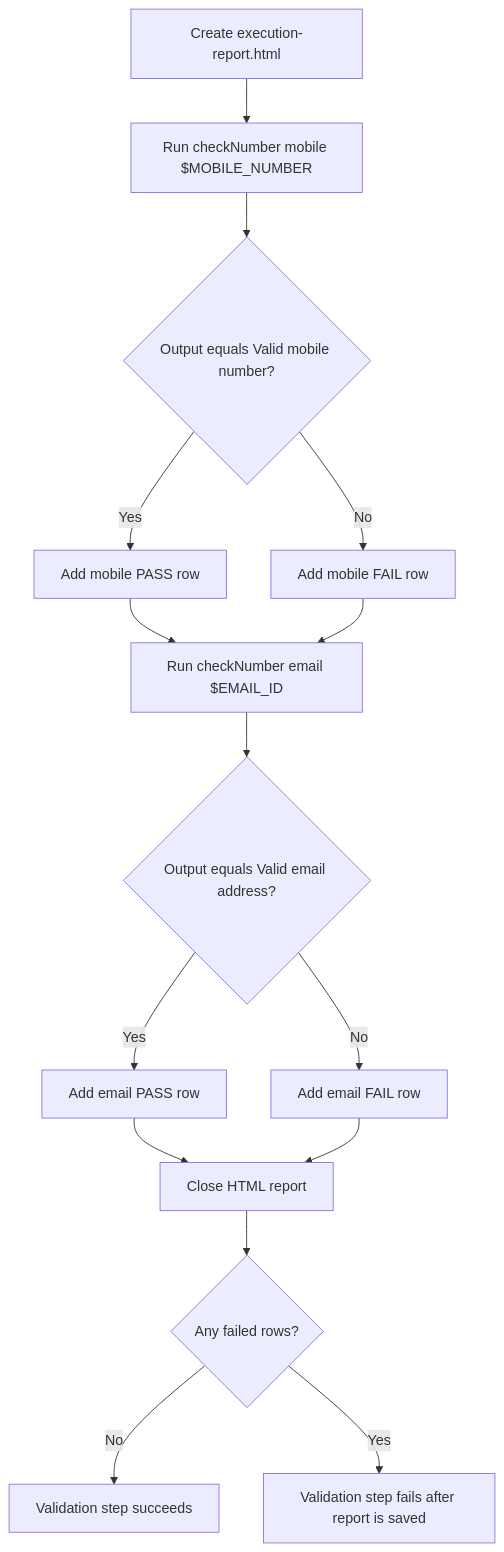
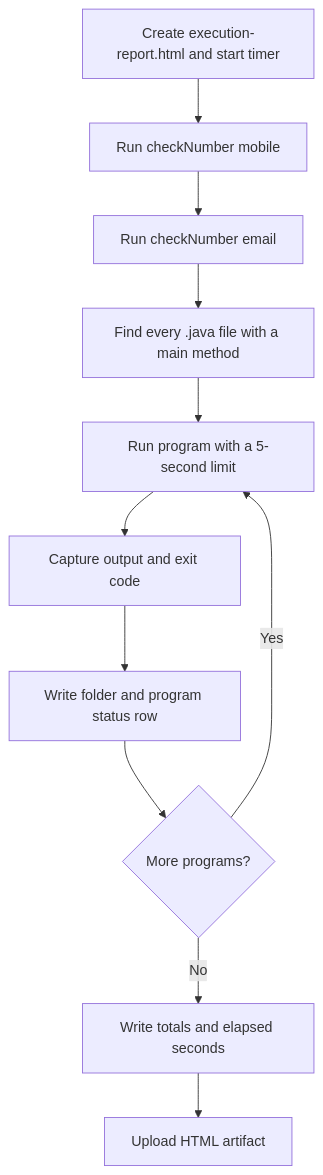
Before and after one commit to chaitussm/Java-Project: the second of 5 diagrams in docs/java-e2e-ci-pipeline-guide.md, drawn with Mermaid. The commit also changed other lines of this file and 8 other files, not shown here.

````diff
--- a/docs/java-e2e-ci-pipeline-guide.md
+++ b/docs/java-e2e-ci-pipeline-guide.md
@@ -100,17 +100,13 @@
 ```mermaid
 flowchart TD
-    A["Create execution-report.html"] --> B["Run checkNumber mobile $MOBILE_NUMBER"]
-    B --> C{"Output equals Valid mobile number?"}
-    C -- Yes --> D["Add mobile PASS row"]
-    C -- No --> E["Add mobile FAIL row"]
-    D --> F["Run checkNumber email $EMAIL_ID"]
-    E --> F
-    F --> G{"Output equals Valid email address?"}
-    G -- Yes --> H["Add email PASS row"]
-    G -- No --> I["Add email FAIL row"]
-    H --> J["Close HTML report"]
-    I --> J
-    J --> K{"Any failed rows?"}
-    K -- No --> L["Validation step succeeds"]
-    K -- Yes --> M["Validation step fails after report is saved"]
+    A["Create execution-report.html and start timer"] --> B["Run checkNumber mobile"]
+    B --> C["Run checkNumber email"]
+    C --> D["Find every .java file with a main method"]
+    D --> E["Run program with a 5-second limit"]
+    E --> F["Capture output and exit code"]
+    F --> G["Write folder and program status row"]
+    G --> H{"More programs?"}
+    H -- Yes --> E
+    H -- No --> I["Write totals and elapsed seconds"]
+    I --> J["Upload HTML artifact"]
 ```
````
